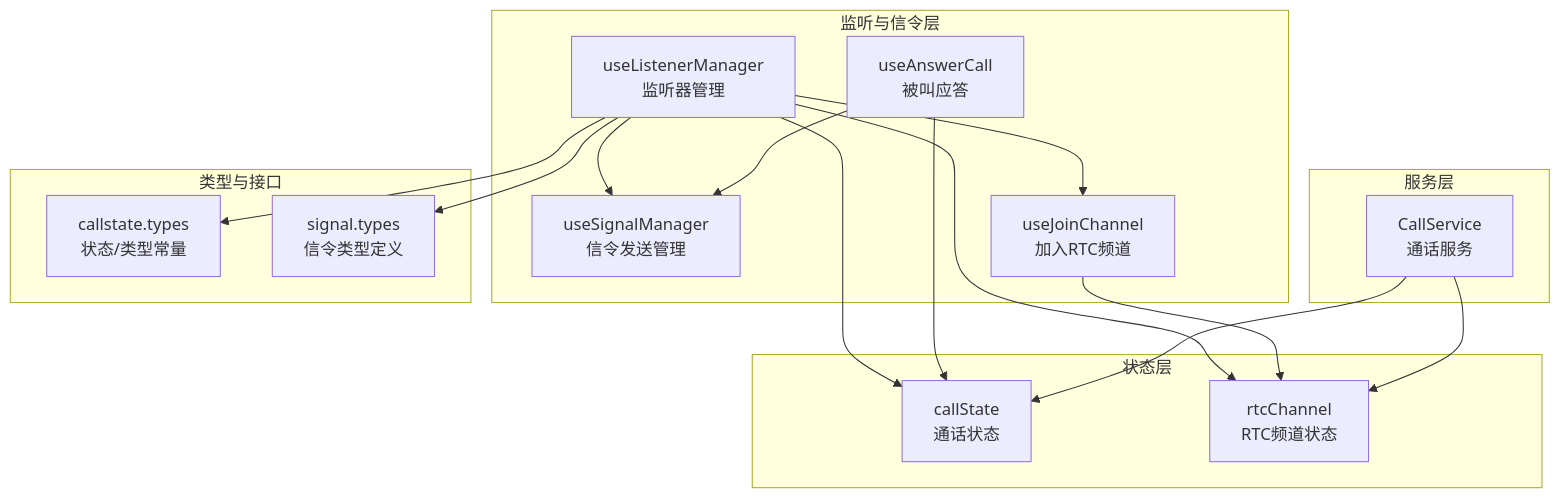
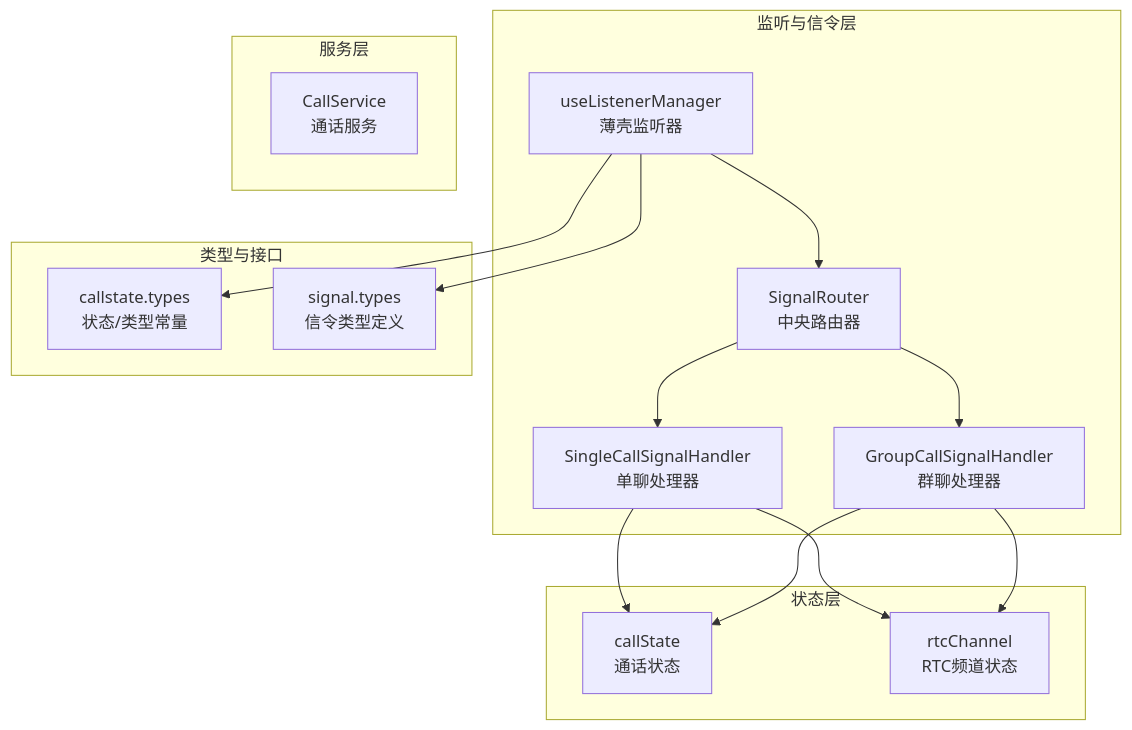
One commit to Easemob-Community/easemob-uikit-callkit-vue3 changed the first of 5 diagrams in .qoder/repowiki/zh/content/高级功能/信令实现机制/监听器管理.md. Above: the diagram before and after it, drawn with Mermaid. The commit also changed other lines of this file and 54 other files, not shown here.

````diff
--- a/.qoder/repowiki/zh/content/高级功能/信令实现机制/监听器管理.md
+++ b/.qoder/repowiki/zh/content/高级功能/信令实现机制/监听器管理.md
@@ -36,31 +46,29 @@
 ```mermaid
 graph TB
 subgraph "监听与信令层"
-LM["useListenerManager<br/>监听器管理"]
-SM["useSignalManager<br/>信令发送管理"]
-AC["useAnswerCall<br/>被叫应答"]
-JC["useJoinChannel<br/>加入RTC频道"]
+LM["useListenerManager<br/>薄壳监听器"]
+SR["SignalRouter<br/>中央路由器"]
+SCH["SingleCallSignalHandler<br/>单聊处理器"]
+GCH["GroupCallSignalHandler<br/>群聊处理器"]
 end
 subgraph "状态层"
 CS["callState<br/>通话状态"]
 RC["rtcChannel<br/>RTC频道状态"]
 end
 subgraph "服务层"
 CSvc["CallService<br/>通话服务"]
 end
 subgraph "类型与接口"
 CT["callstate.types<br/>状态/类型常量"]
 ST["signal.types<br/>信令类型定义"]
 end
-LM --> SM
-LM --> JC
-LM --> CS
-LM --> RC
-AC --> SM
-AC --> CS
-JC --> RC
-CSvc --> CS
-CSvc --> RC
+LM --> SR
+SR --> SCH
+SR --> GCH
+SCH --> CS
+SCH --> RC
+GCH --> CS
+GCH --> RC
 LM --> CT
 LM --> ST
 ```
````
